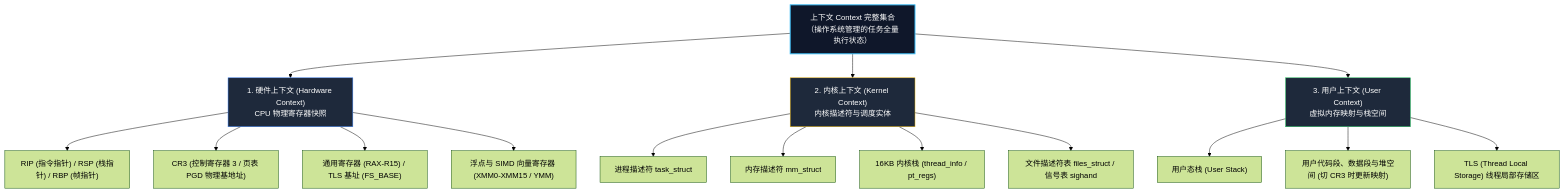
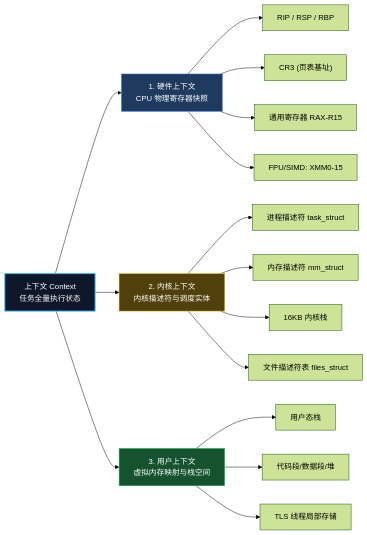
The second of 5 diagrams in content/posts/understanding-context-switching-from-cpu-to-goroutines.md (MoreConsequence/MoreConsequence.github.io), drawn with Mermaid (forest theme) before and after one commit. The commit also changed other lines of this file and 38 other files, not shown here.

First line of the commit message:
feat(blog): 新增 9 篇深度技术文章并全面扩写全部 14 篇博客，重构 Mermaid 渲染器

````diff
--- a/content/posts/understanding-context-switching-from-cpu-to-goroutines.md
+++ b/content/posts/understanding-context-switching-from-cpu-to-goroutines.md
@@ -57,27 +51,25 @@
 ```mermaid
-graph TD
-    Root["上下文 Context 完整集合<br/>（操作系统管理的任务全量执行状态）"] 
+graph LR
+    Root["上下文 Context<br/>任务全量执行状态"] --> HW["1. 硬件上下文<br/>CPU 物理寄存器快照"]
+    Root --> KC["2. 内核上下文<br/>内核描述符与调度实体"]
+    Root --> UC["3. 用户上下文<br/>虚拟内存映射与栈空间"]
 
-    Root --> HW["1. 硬件上下文 (Hardware Context)<br/>CPU 物理寄存器快照"]
-    Root --> KC["2. 内核上下文 (Kernel Context)<br/>内核描述符与调度实体"]
-    Root --> UC["3. 用户上下文 (User Context)<br/>虚拟内存映射与栈空间"]
-
-    HW --> HW1["RIP (指令指针) / RSP (栈指针) / RBP (帧指针)"]
-    HW --> HW2["CR3 (控制寄存器 3 / 页表 PGD 物理基地址)"]
-    HW --> HW3["通用寄存器 (RAX-R15) / TLS 基址 (FS_BASE)"]
-    HW --> HW4["浮点与 SIMD 向量寄存器 (XMM0-XMM15 / YMM)"]
+    HW --> HW1["RIP / RSP / RBP"]
+    HW --> HW2["CR3 (页表基址)"]
+    HW --> HW3["通用寄存器 RAX-R15"]
+    HW --> HW4["FPU/SIMD: XMM0-15"]
 
     KC --> KC1["进程描述符 task_struct"]
     KC --> KC2["内存描述符 mm_struct"]
-    KC --> KC3["16KB 内核栈 (thread_info / pt_regs)"]
-    KC --> KC4["文件描述符表 files_struct / 信号表 sighand"]
+    KC --> KC3["16KB 内核栈"]
+    KC --> KC4["文件描述符表 files_struct"]
 
-    UC --> UC1["用户态栈 (User Stack)"]
-    UC --> UC2["用户代码段、数据段与堆空间 (切 CR3 时更新映射)"]
-    UC --> UC3["TLS (Thread Local Storage) 线程局部存储区"]
+    UC --> UC1["用户态栈"]
+    UC --> UC2["代码段/数据段/堆"]
+    UC --> UC3["TLS 线程局部存储"]
 
     style Root fill:#0f172a,stroke:#38bdf8,stroke-width:2px,color:#fff
-    style HW fill:#1e293b,stroke:#3b82f6,stroke-width:1px,color:#fff
-    style KC fill:#1e293b,stroke:#eab308,stroke-width:1px,color:#fff
-    style UC fill:#1e293b,stroke:#22c55e,stroke-width:1px,color:#fff
+    style HW fill:#1e3a5f,stroke:#3b82f6,color:#fff
+    style KC fill:#52400c,stroke:#eab308,color:#fff
+    style UC fill:#14532d,stroke:#22c55e,color:#fff
 ```
````
